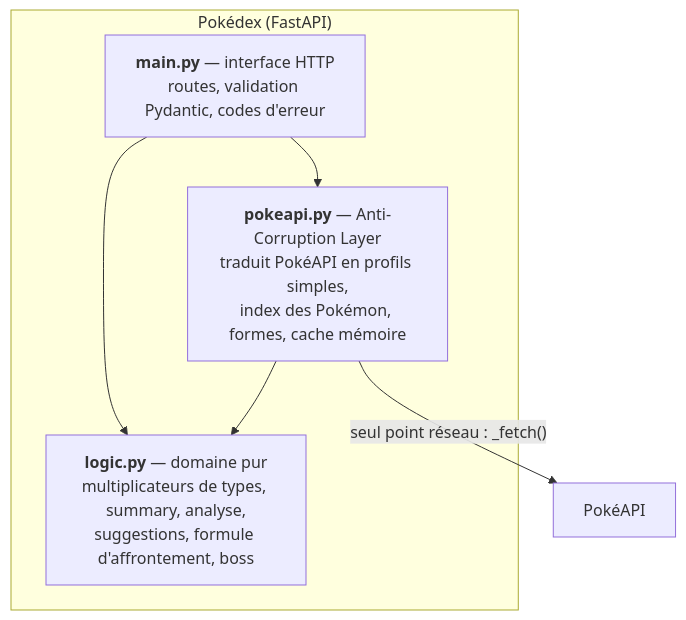
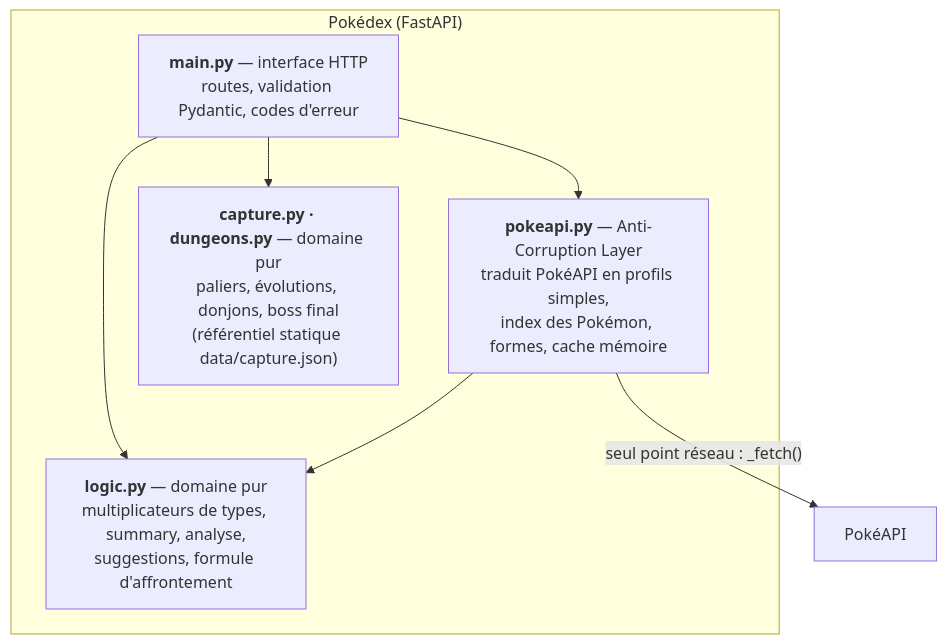
One commit to poketeam-luco7/poketeam changed the fourth of 10 diagrams in docs/architecture.md. Above: the diagram before and after it, drawn with Mermaid. The commit also changed other lines of this file and 23 other files, not shown here.

````diff
--- a/docs/architecture.md
+++ b/docs/architecture.md
@@ -102,12 +102,14 @@
 ```mermaid
 flowchart TB
     subgraph PK["Pokédex (FastAPI)"]
         M["<b>main.py</b> — interface HTTP<br/>routes, validation Pydantic, codes d'erreur"]
         A["<b>pokeapi.py</b> — Anti-Corruption Layer<br/>traduit PokéAPI en profils simples,<br/>index des Pokémon, formes, cache mémoire"]
-        L["<b>logic.py</b> — domaine pur<br/>multiplicateurs de types, summary, analyse,<br/>suggestions, formule d'affrontement, boss"]
+        L["<b>logic.py</b> — domaine pur<br/>multiplicateurs de types, summary, analyse,<br/>suggestions, formule d'affrontement"]
+        C["<b>capture.py · dungeons.py</b> — domaine pur<br/>paliers, évolutions, donjons, boss final<br/>(référentiel statique data/capture.json)"]
     end
     M --> A
     M --> L
+    M --> C
     A --> L
     A -->|"seul point réseau : _fetch()"| API["PokéAPI"]
 ```
````
